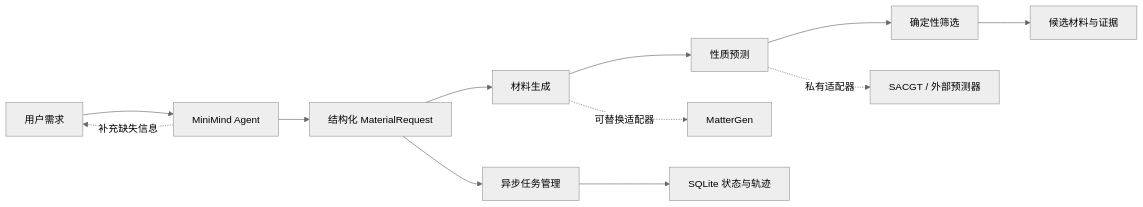
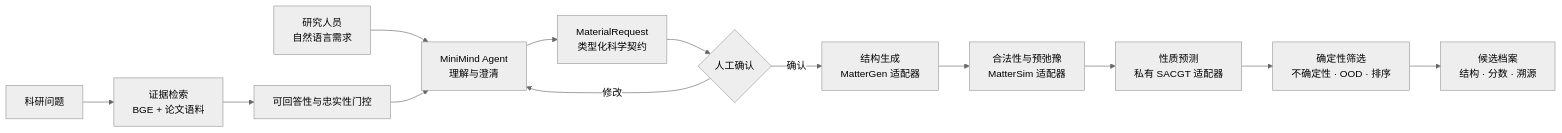
Before and after one commit to BaikelWang/MagNova: the diagram in README.zh-CN.md, drawn with Mermaid (neutral theme). The commit also changed other lines of this file and 49 other files, not shown here.

````diff
--- a/README.zh-CN.md
+++ b/README.zh-CN.md
@@ -24,15 +46,16 @@
 ```mermaid
 flowchart LR
-    U["用户需求"] --> A["MiniMind Agent"]
-    A --> S["结构化 MaterialRequest"]
-    S --> G["材料生成"]
-    G --> P["性质预测"]
-    P --> F["确定性筛选"]
-    F --> C["候选材料与证据"]
+    U["研究人员<br/>自然语言需求"] --> I["MiniMind Agent<br/>理解与澄清"]
+    I --> R["MaterialRequest<br/>类型化科学契约"]
+    R --> H{"人工确认"}
+    H -->|确认| G["结构生成<br/>MatterGen 适配器"]
+    G --> X["合法性与预弛豫<br/>MatterSim 适配器"]
+    X --> P["性质预测<br/>私有 SACGT 适配器"]
+    P --> S["确定性筛选<br/>不确定性 · OOD · 排序"]
+    S --> C["候选档案<br/>结构 · 分数 · 溯源"]
+    H -->|修改| I
 
-    A -. "补充缺失信息" .-> U
-    G -. "可替换适配器" .-> MG["MatterGen"]
-    P -. "私有适配器" .-> SP["SACGT / 外部预测器"]
-    S --> T["异步任务管理"]
-    T --> DB["SQLite 状态与轨迹"]
+    Q["科研问题"] --> E["证据检索<br/>BGE + 论文语料"]
+    E --> A["可回答性与忠实性门控"]
+    A --> I
 ```
````
